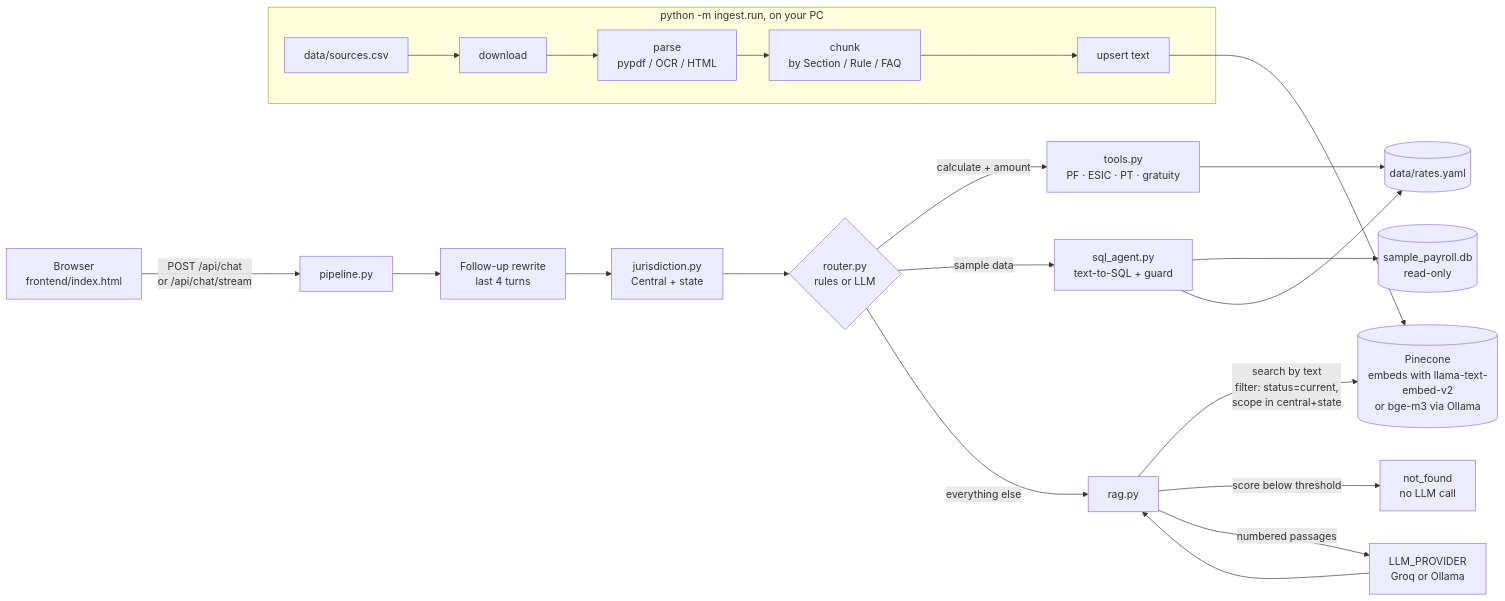
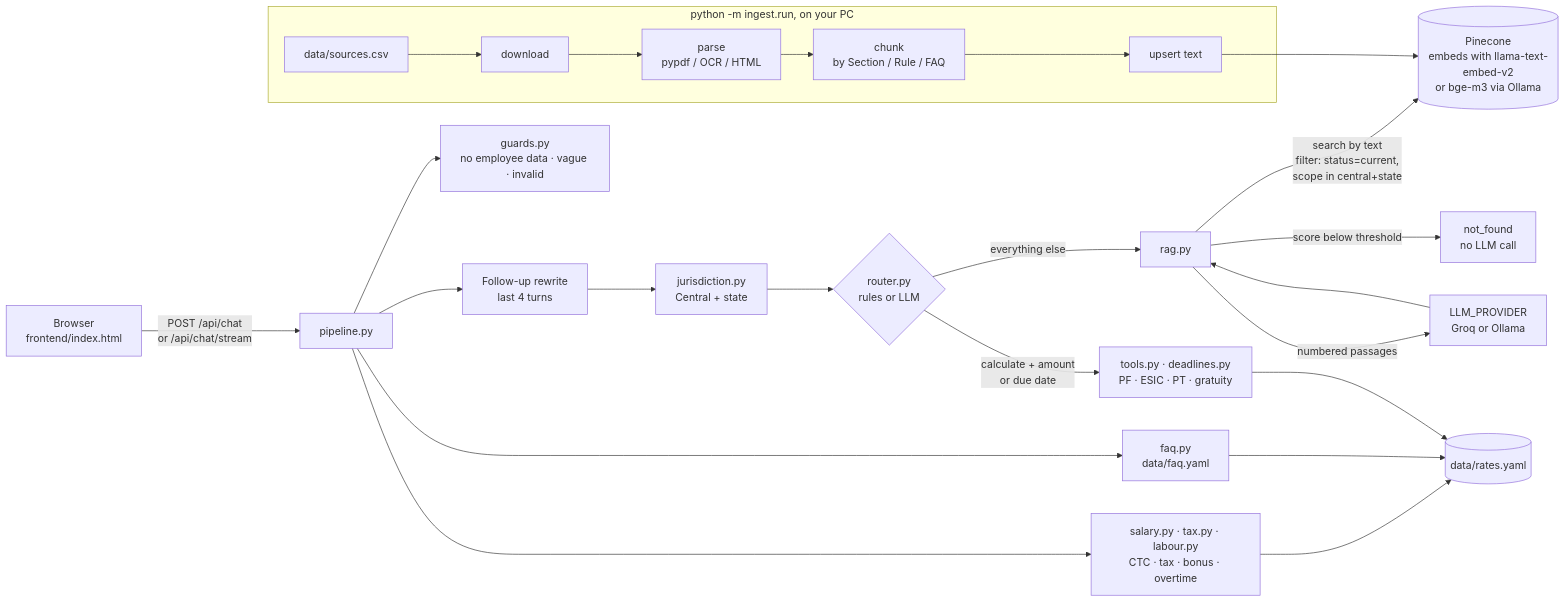
Before and after one commit to rushimakwana112-cpu/compliance-copilot-india: the diagram in README.md, drawn with Mermaid. The commit also changed other lines of this file and 7 other files, not shown here.

````diff
--- a/README.md
+++ b/README.md
@@ -33,22 +51,24 @@
 ```mermaid
 flowchart LR
     U[Browser<br/>frontend/index.html] -->|POST /api/chat<br/>or /api/chat/stream| P[pipeline.py]
     P --> RW[Follow-up rewrite<br/>last 4 turns]
     RW --> J[jurisdiction.py<br/>Central + state]
+    P --> GU[guards.py<br/>no employee data · vague · invalid]
+    P --> C[salary.py · tax.py · labour.py<br/>CTC · tax · bonus · overtime]
+    P --> F[faq.py<br/>data/faq.yaml]
+    C --> Y
+    F --> Y
     J --> R{router.py<br/>rules or LLM}
-    R -->|calculate + amount| T[tools.py<br/>PF · ESIC · PT · gratuity]
-    R -->|sample data| S[sql_agent.py<br/>text-to-SQL + guard]
+    R -->|calculate + amount<br/>or due date| T[tools.py · deadlines.py<br/>PF · ESIC · PT · gratuity]
     R -->|everything else| G[rag.py]
     T --> Y[(data/rates.yaml)]
-    S --> DB[(sample_payroll.db<br/>read-only)]
-    S --> Y
     G -->|search by text<br/>filter: status=current,<br/>scope in central+state| PC[(Pinecone<br/>embeds with llama-text-embed-v2<br/>or bge-m3 via Ollama)]
     G -->|score below threshold| NF[not_found<br/>no LLM call]
     G -->|numbered passages| O[LLM_PROVIDER<br/>Groq or Ollama]
     O --> G
 
     subgraph Ingestion [python -m ingest.run, on your PC]
       SRC[data/sources.csv] --> DL[download] --> PA[parse<br/>pypdf / OCR / HTML] --> CH[chunk<br/>by Section / Rule / FAQ] --> IX[upsert text]
     end
     IX --> PC
 ```
````
